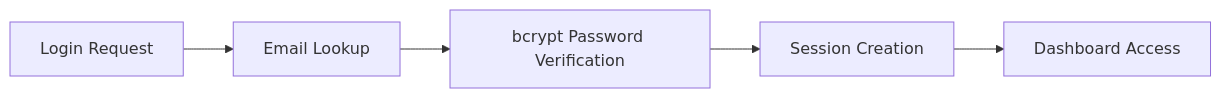
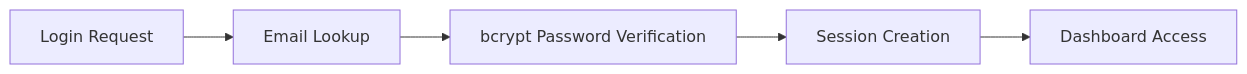
One commit to chaitanyasaiyerra/Musuem-chatbot changed the fifth of 5 diagrams in TECHNICAL_GUIDE.md. Above: the diagram before and after it, drawn with Mermaid. The commit also changed other lines of this file and 1 other file, not shown here.

Commit message:
docs: replace spaces with nbsp in mermaid diagrams to force single-line rendering

````diff
--- a/TECHNICAL_GUIDE.md
+++ b/TECHNICAL_GUIDE.md
@@ -231,7 +231,7 @@
 ```mermaid
 graph LR
-    A["Login Request"] --> B["Email Lookup"]
-    B --> C["bcrypt Password Verification"]
-    C --> D["Session Creation"]
-    D --> E["Dashboard Access"]
+    A["Login&nbsp;Request"] --> B["Email&nbsp;Lookup"]
+    B --> C["bcrypt&nbsp;Password&nbsp;Verification"]
+    C --> D["Session&nbsp;Creation"]
+    D --> E["Dashboard&nbsp;Access"]
 ```
````
